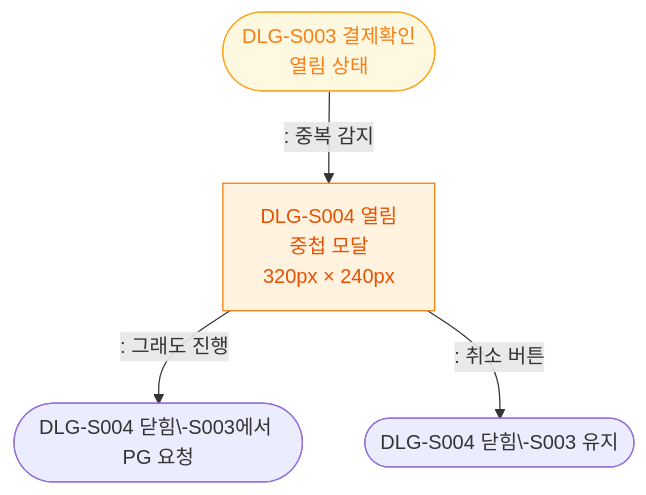
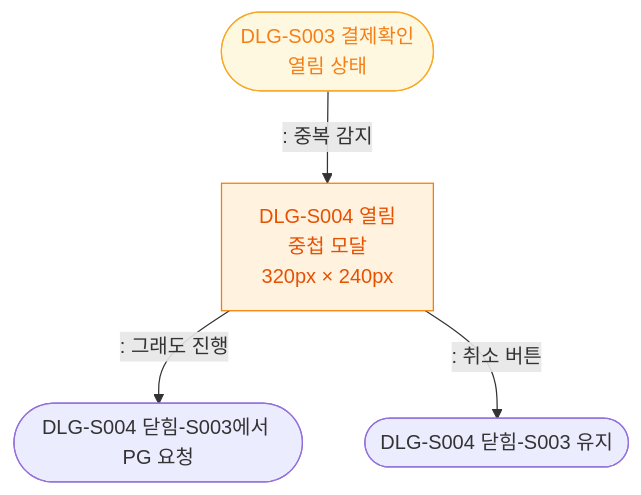
Before and after one commit to dev-spogym/admin-pando: the diagram in docs/admin/다이어그램/D03_매출관리/DLG-S004_중복결제경고/M1_모달생명주기.md, drawn with Mermaid. The commit also changed 369 other files, not shown here.

````diff
--- a/docs/admin/다이어그램/D03_매출관리/DLG-S004_중복결제경고/M1_모달생명주기.md
+++ b/docs/admin/다이어그램/D03_매출관리/DLG-S004_중복결제경고/M1_모달생명주기.md
@@ -18,13 +18,13 @@
 ```mermaid
 flowchart TD
     DLG_S003([DLG-S003 결제확인\n열림 상태]) -->|": 중복 감지"|OPEN[DLG-S004 열림\n중첩 모달\n320px × 240px]
 
-    OPEN -->|": 그래도 진행"|CLOSED_PROCEED([DLG-S004 닫힘\-S003에서 PG 요청])
-    OPEN -->|": 취소 버튼"|CLOSED_CANCEL([DLG-S004 닫힘\-S003 유지])
+    OPEN -->|": 그래도 진행"|CLOSED_PROCEED([DLG-S004 닫힘-S003에서 PG 요청])
+    OPEN -->|": 취소 버튼"|CLOSED_CANCEL([DLG-S004 닫힘-S003 유지])
 
     classDef modal fill:#FFF3E0,stroke:#F57C00,color:#E65100
     classDef warning fill:#FFF8E1,stroke:#F9A825,color:#F57F17
 
     class OPEN modal
     class DLG_S003 warning
 ```
````
